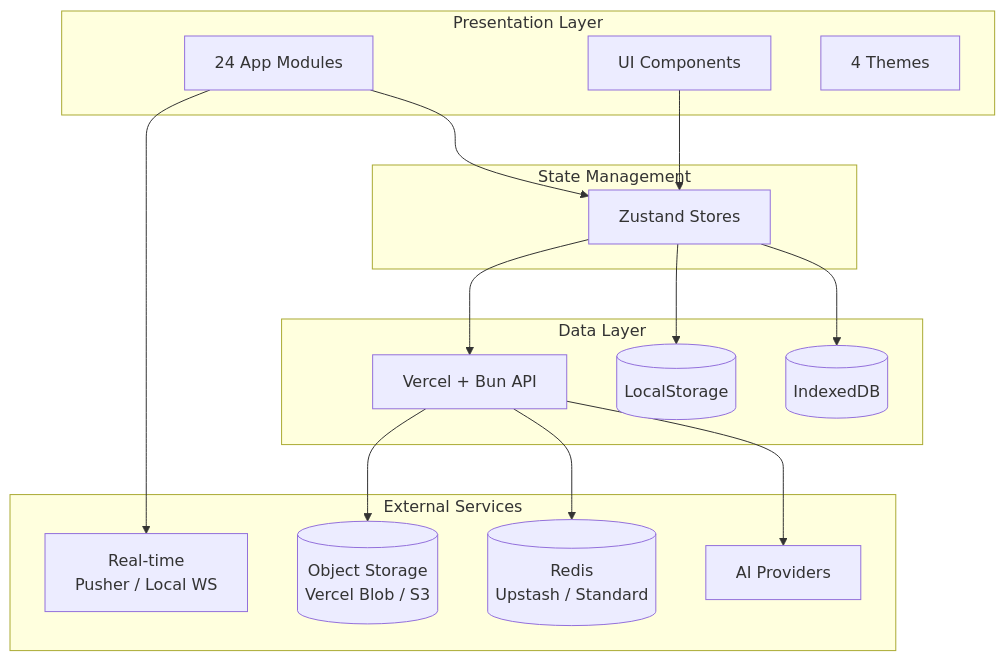
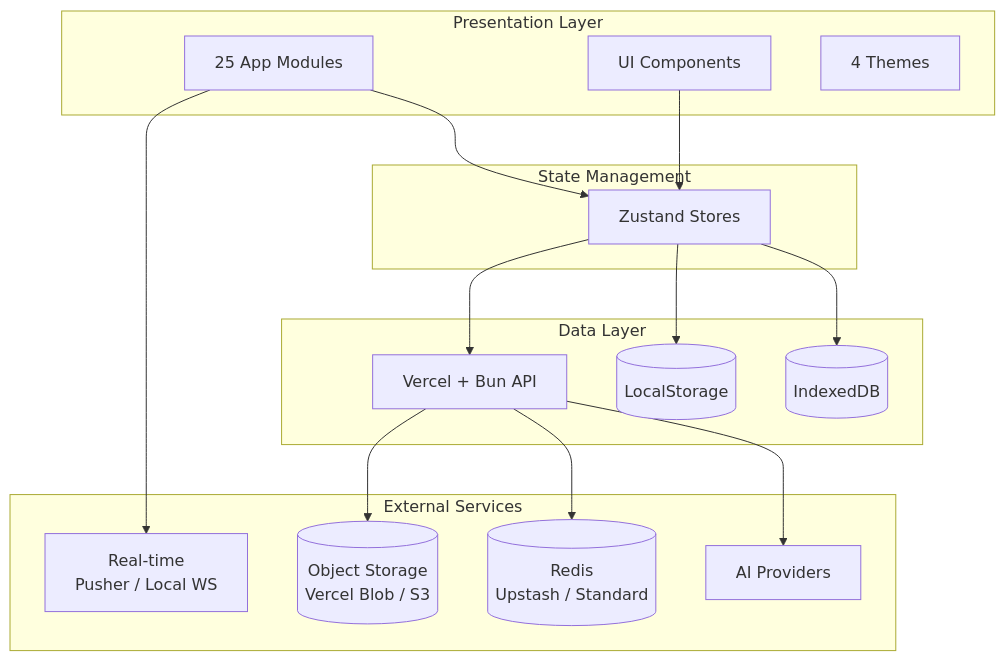
One commit to ryokun6/ryos changed the diagram in docs/1-overview.md. Above: the diagram before and after it, drawn with Mermaid. The commit also changed other lines of this file and 13 other files, not shown here.

````diff
--- a/docs/1-overview.md
+++ b/docs/1-overview.md
@@ -7,35 +7,35 @@
 ```mermaid
 graph TB
     subgraph Presentation["Presentation Layer"]
-        Apps[24 App Modules]
+        Apps[25 App Modules]
         UI[UI Components]
         Themes[4 Themes]
     end
     
     subgraph State["State Management"]
         Zustand[Zustand Stores]
     end
     
     subgraph Data["Data Layer"]
         IndexedDB[(IndexedDB)]
         LocalStorage[(LocalStorage)]
         API[Vercel + Bun API]
     end
     
     subgraph External["External Services"]
         AI[AI Providers]
         Pusher[Real-time<br/>Pusher / Local WS]
         Redis[(Redis<br/>Upstash / Standard)]
         ObjectStorage[(Object Storage<br/>Vercel Blob / S3)]
     end
     
     Apps --> Zustand
     UI --> Zustand
     Zustand --> IndexedDB
     Zustand --> LocalStorage
     Zustand --> API
     API --> AI
     API --> Redis
     API --> ObjectStorage
     Apps --> Pusher
 ```
````
